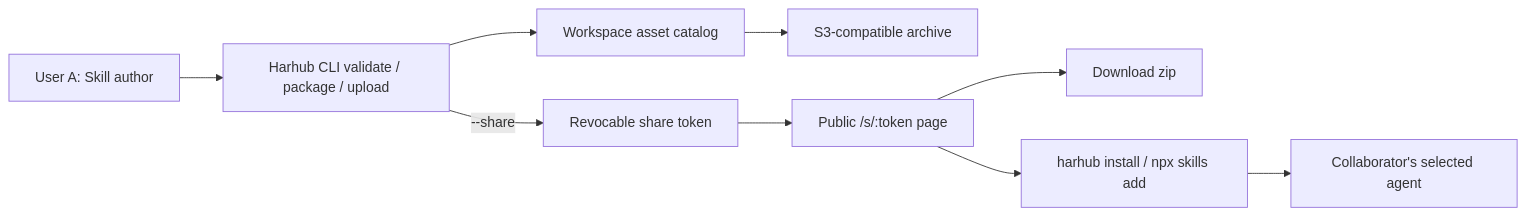
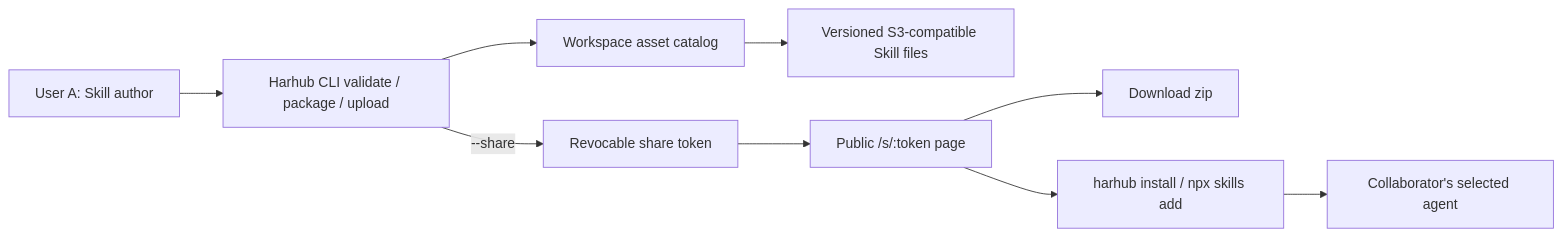
One commit to RockChinQ/harhub changed the diagram in docs/10-sharing-and-installation-loop.md. Above: the diagram before and after it, drawn with Mermaid. The commit also changed other lines of this file and 18 other files, not shown here.

````diff
--- a/docs/10-sharing-and-installation-loop.md
+++ b/docs/10-sharing-and-installation-loop.md
@@ -140,11 +140,11 @@
 ```mermaid
 flowchart LR
   Author["User A: Skill author"] --> CLI["Harhub CLI validate / package / upload"]
   CLI --> Catalog["Workspace asset catalog"]
   CLI -- "--share" --> Share["Revocable share token"]
-  Catalog --> Storage["S3-compatible archive"]
+  Catalog --> Storage["Versioned S3-compatible Skill files"]
   Share --> Page["Public /s/:token page"]
   Page --> Download["Download zip"]
   Page --> Install["harhub install / npx skills add"]
   Install --> Agent["Collaborator's selected agent"]
 ```
````
